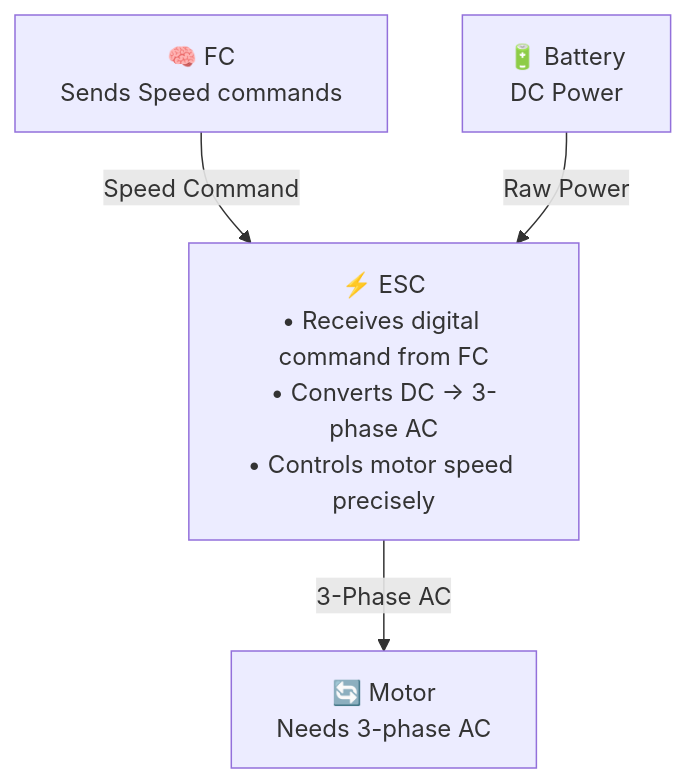
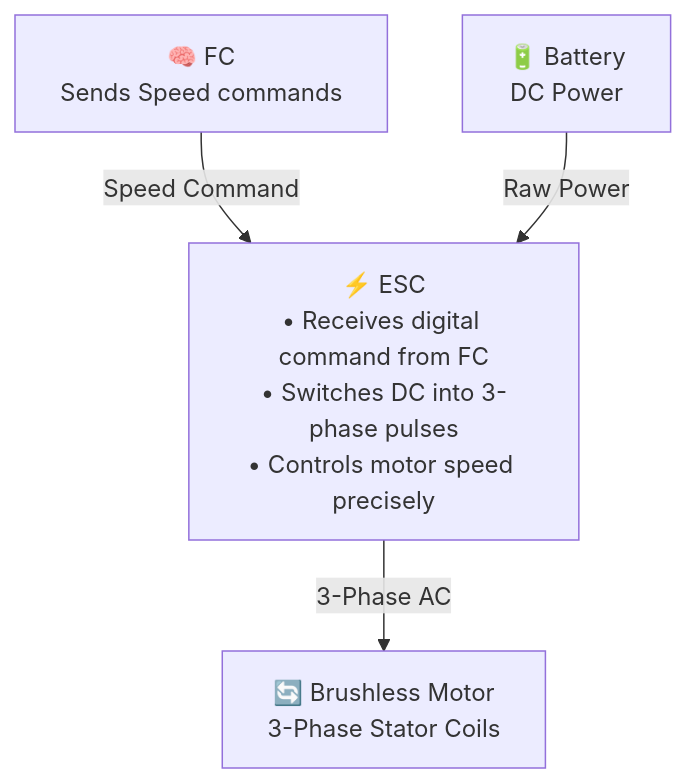
One commit to oyegunmen/JanFlight changed the fourth of 8 diagrams in docs/content/basics.md. Above: the diagram before and after it, drawn with Mermaid. The commit also changed other lines of this file and 19 other files, not shown here.

````diff
--- a/docs/content/basics.md
+++ b/docs/content/basics.md
@@ -219,10 +172,10 @@
 ```mermaid
 flowchart TD
     BAT["🔋 Battery\nDC Power"]
-    ESC["⚡ ESC\n• Receives digital command from FC\n• Converts DC → 3-phase AC\n• Controls motor speed precisely"]
-    MOT["🔄 Motor\nNeeds 3-phase AC"]
+    ESC["⚡ ESC\n• Receives digital command from FC\n• Switches DC into 3-phase pulses\n• Controls motor speed precisely"]
+    MOT["🔄 Brushless Motor\n3-Phase Stator Coils"]
     FC["🧠 FC\nSends Speed commands"]
     FC -->|Speed Command| ESC
     BAT -->|Raw Power| ESC
     ESC -->|3-Phase AC| MOT
 ```
````
